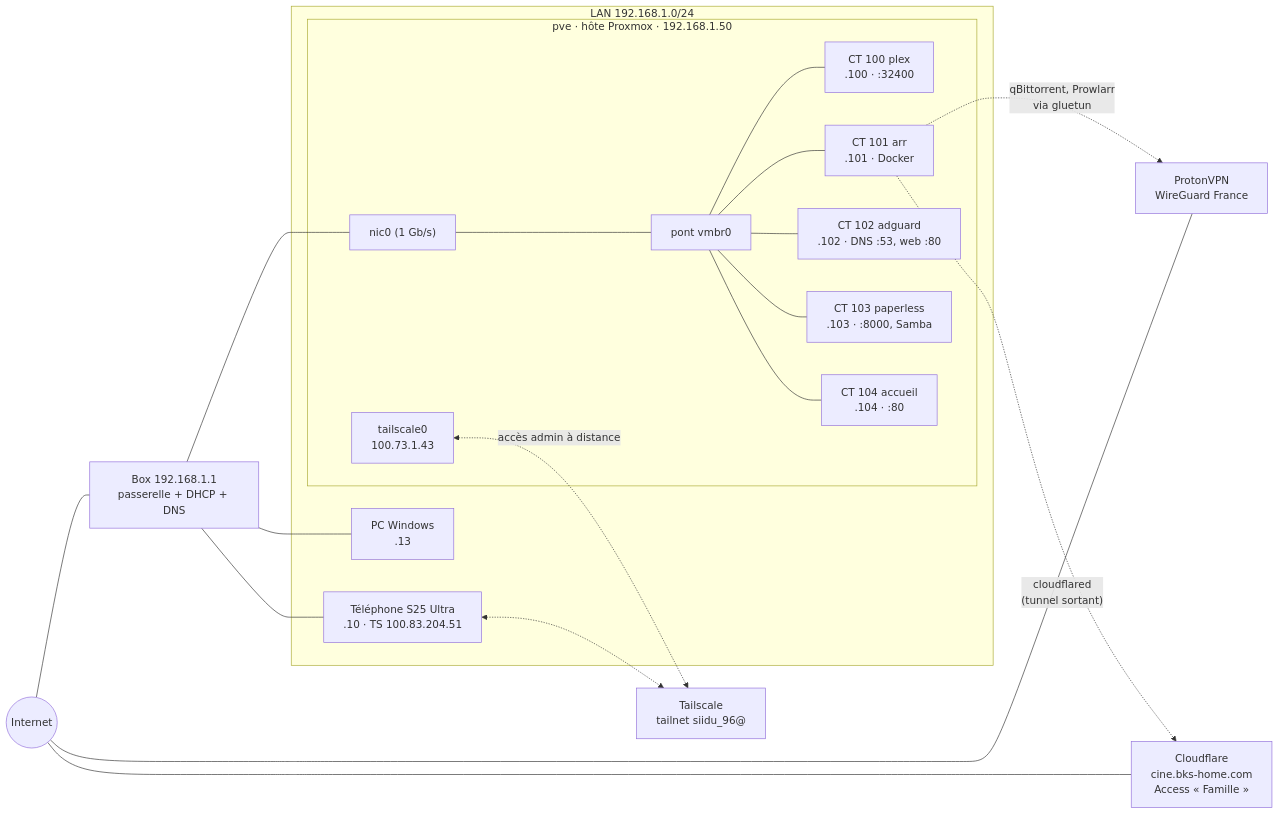
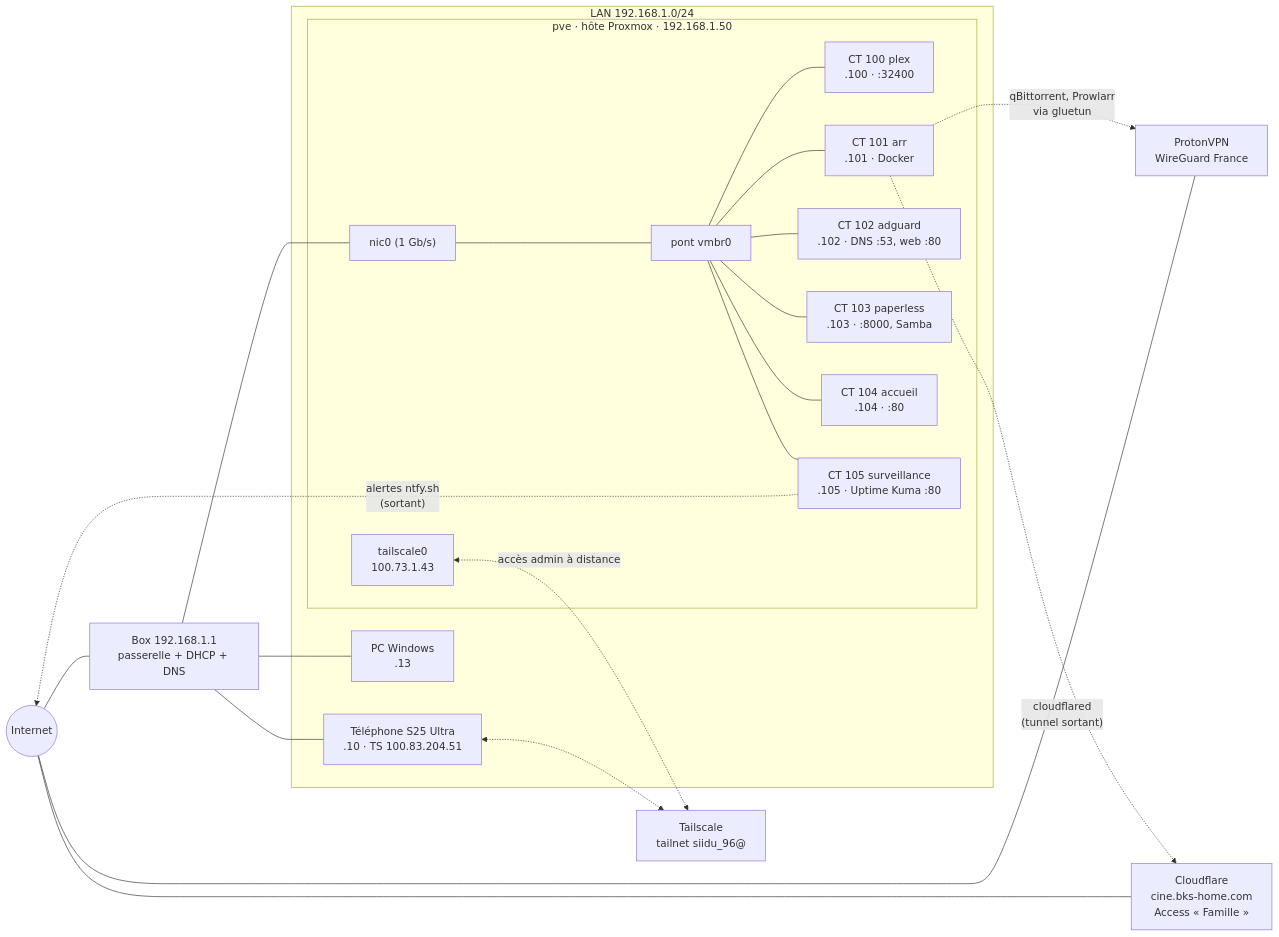
Before and after one commit to BksSidAhmed/infra-pve: the first of 4 diagrams in docs/schemas.md, drawn with Mermaid. The commit also changed other lines of this file and 13 other files, not shown here.

Commit message:
CT 105 : ajout d'Uptime Kuma (sondes + alertes ntfy) et tuile Homepage

````diff
--- a/docs/schemas.md
+++ b/docs/schemas.md
@@ -9,33 +9,35 @@
 ```mermaid
 flowchart LR
     internet(("Internet"))
     box["Box 192.168.1.1<br/>passerelle + DHCP + DNS"]
     cf["Cloudflare<br/>cine.bks-home.com<br/>Access « Famille »"]
     proton["ProtonVPN<br/>WireGuard France"]
     ts["Tailscale<br/>tailnet siidu_96@"]
 
     subgraph lan["LAN 192.168.1.0/24"]
         pc["PC Windows<br/>.13"]
         tel["Téléphone S25 Ultra<br/>.10 · TS 100.83.204.51"]
         subgraph pve["pve · hôte Proxmox · 192.168.1.50"]
             nic0["nic0 (1 Gb/s)"] --- vmbr0["pont vmbr0"]
             tsh["tailscale0<br/>100.73.1.43"]
             vmbr0 --- ct100["CT 100 plex<br/>.100 · :32400"]
             vmbr0 --- ct101["CT 101 arr<br/>.101 · Docker"]
             vmbr0 --- ct102["CT 102 adguard<br/>.102 · DNS :53, web :80"]
             vmbr0 --- ct103["CT 103 paperless<br/>.103 · :8000, Samba"]
             vmbr0 --- ct104["CT 104 accueil<br/>.104 · :80"]
+            vmbr0 --- ct105["CT 105 surveillance<br/>.105 · Uptime Kuma :80"]
         end
     end
 
     internet --- box
     box --- pc
     box --- tel
     box --- nic0
     ct101 -. "qBittorrent, Prowlarr<br/>via gluetun" .-> proton
     ct101 -. "cloudflared<br/>(tunnel sortant)" .-> cf
     tsh <-. "accès admin à distance" .-> ts
     tel <-.-> ts
     proton --- internet
     cf --- internet
+    ct105 -. "alertes ntfy.sh<br/>(sortant)" .-> internet
 ```
````
